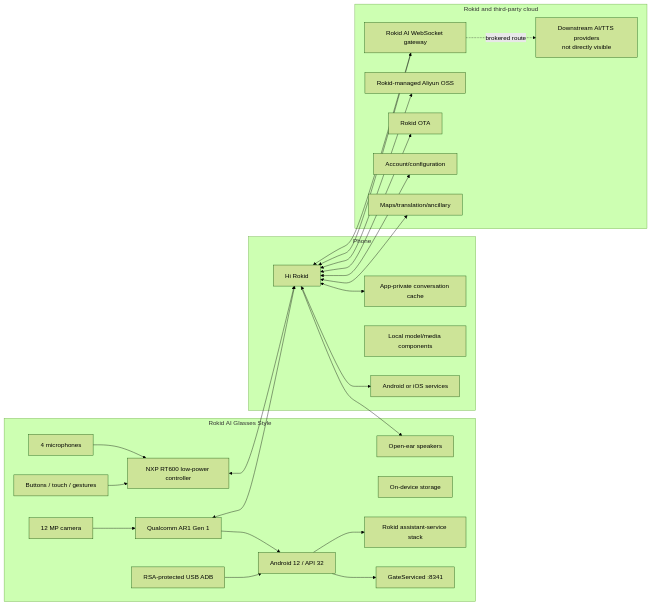
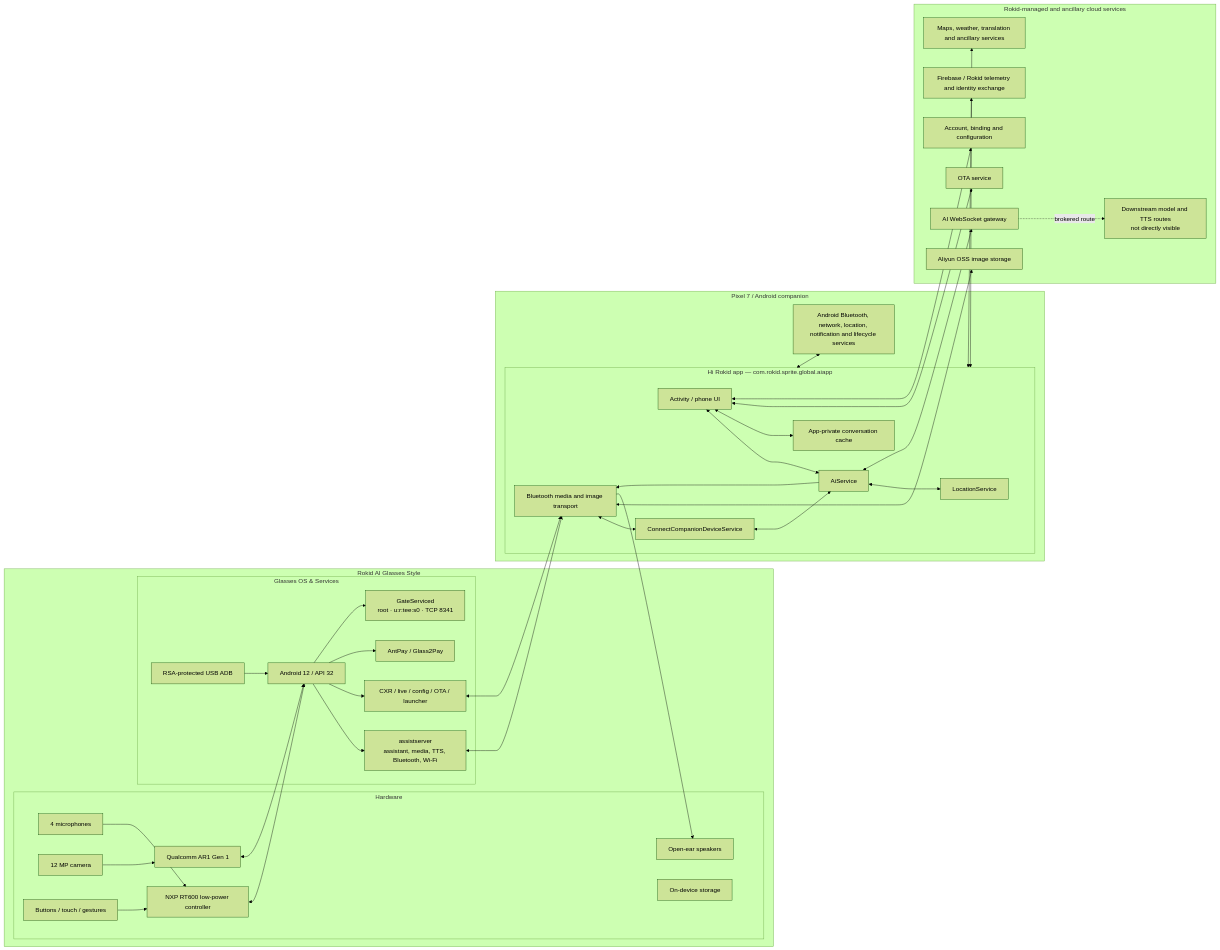
One commit to aimindseye/rokid-ai-glasses changed the first of 5 diagrams in docs/architecture/non-display-system-architecture.md. Above: the diagram before and after it, drawn with Mermaid (forest theme). The commit also changed other lines of this file and 2 other files, not shown here.

Commit message:
docs: clarify glasses and app architecture

````diff
--- a/docs/architecture/non-display-system-architecture.md
+++ b/docs/architecture/non-display-system-architecture.md
@@ -19,52 +25,75 @@
 ```mermaid
 flowchart LR
     subgraph G["Rokid AI Glasses Style"]
-        MIC["4 microphones"]
-        CAM["12 MP camera"]
-        SPK["Open-ear speakers"]
-        CTRL["Buttons / touch / gestures"]
-        LP["NXP RT600 low-power controller"]
-        AR1["Qualcomm AR1 Gen 1"]
-        STORE["On-device storage"]
-        AOS["Android 12 / API 32"]
-        ASSIST["Rokid assistant-service stack"]
-        GATE["GateServiced :8341"]
-        USB["RSA-protected USB ADB"]
+        subgraph HW["Hardware"]
+            MIC["4 microphones"]
+            CAM["12 MP camera"]
+            SPK["Open-ear speakers"]
+            CTRL["Buttons / touch / gestures"]
+            LP["NXP RT600 low-power controller"]
+            AR1["Qualcomm AR1 Gen 1"]
+            STORE["On-device storage"]
+        end
+
+        subgraph GOS["Glasses OS & Services"]
+            AOS["Android 12 / API 32"]
+            ASSIST["assistserver\nassistant, media, TTS, Bluetooth, Wi-Fi"]
+            CXR["CXR / live / config / OTA / launcher"]
+            PAY["AntPay / Glass2Pay"]
+            GATE["GateServiced\nroot · u:r:tee:s0 · TCP 8341"]
+            USB["RSA-protected USB ADB"]
+        end
     end
 
-    subgraph P["Phone"]
-        HR["Hi Rokid"]
-        CACHE["App-private conversation cache"]
-        LOCAL["Local model/media components"]
-        OS["Android or iOS services"]
+    subgraph P["Pixel 7 / Android companion"]
+        subgraph APP["Hi Rokid app — com.rokid.sprite.global.aiapp"]
+            UI["Activity / phone UI"]
+            AIS["AiService"]
+            CONN["ConnectCompanionDeviceService"]
+            LOC["LocationService"]
+            CACHE["App-private conversation cache"]
+            MEDIA["Bluetooth media and image transport"]
+        end
+        POS["Android Bluetooth, network, location, notification and lifecycle services"]
     end
 
-    subgraph C["Rokid and third-party cloud"]
-        AI["Rokid AI WebSocket gateway"]
-        OBJ["Rokid-managed Aliyun OSS"]
-        OTA["Rokid OTA"]
-        ACCT["Account/configuration"]
-        MAPS["Maps/translation/ancillary"]
-        UP["Downstream AI/TTS providers\nnot directly visible"]
+    subgraph C["Rokid-managed and ancillary cloud services"]
+        AI["AI WebSocket gateway"]
+        OBJ["Aliyun OSS image storage"]
+        OTA["OTA service"]
+        ACCT["Account, binding and configuration"]
+        TEL["Firebase / Rokid telemetry and identity exchange"]
+        ANC["Maps, weather, translation and ancillary services"]
+        UP["Downstream model and TTS routes\nnot directly visible"]
     end
 
     MIC --> LP
     CTRL --> LP
     CAM --> AR1
-    AR1 --> AOS
+    LP <--> AOS
+    AR1 <--> AOS
     AOS --> ASSIST
+    AOS --> CXR
+    AOS --> PAY
     AOS --> GATE
     USB --> AOS
-    LP <--> HR
-    AR1 <--> HR
-    HR <--> OS
-    HR <--> CACHE
-    HR <--> AI
-    HR <--> OBJ
-    HR <--> OTA
-    HR <--> ACCT
-    HR <--> MAPS
+
+    ASSIST <--> MEDIA
+    CXR <--> MEDIA
+    MEDIA <--> CONN
+    CONN <--> AIS
+    UI <--> AIS
+    UI <--> CACHE
+    AIS <--> LOC
+    APP <--> POS
+
+    AIS <--> AI
+    MEDIA <--> OBJ
+    UI <--> OTA
+    UI <--> ACCT
+    APP <--> TEL
+    APP <--> ANC
     AI -. brokered route .-> UP
-    AI --> HR
-    HR --> SPK
+    AIS --> MEDIA
+    MEDIA --> SPK
 ```
````
